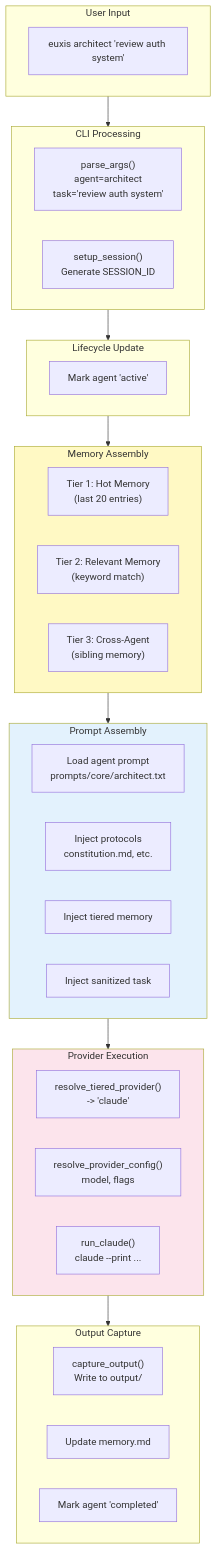
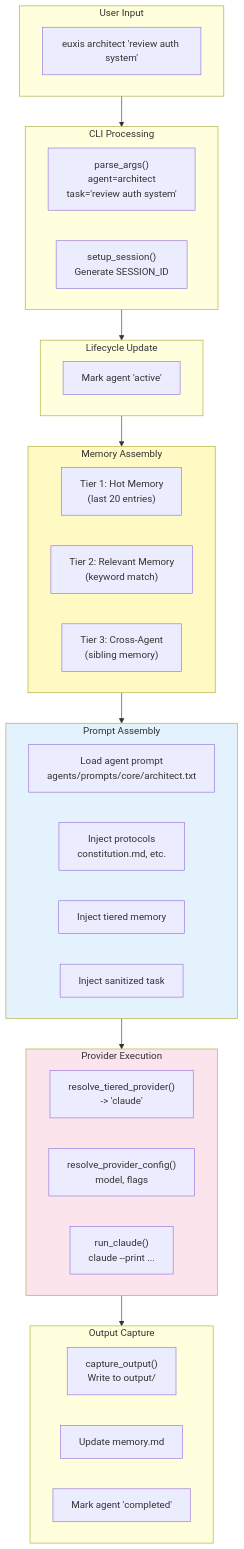
One commit to sebastienrousseau/euxis changed diagram 16 of 16 in docs/essentials/architecture.md. Above: the diagram before and after it, drawn with Mermaid. The commit also changed other lines of this file and 139 other files, not shown here.

````diff
--- a/docs/essentials/architecture.md
+++ b/docs/essentials/architecture.md
@@ -666,51 +666,51 @@
 ```mermaid
 flowchart TB
     subgraph User["User Input"]
         cmd["euxis architect 'review auth system'"]
     end
 
     subgraph CLI["CLI Processing"]
         parse["parse_args()<br/>agent=architect<br/>task='review auth system'"]
         session["setup_session()<br/>Generate SESSION_ID"]
     end
 
     subgraph Lifecycle["Lifecycle Update"]
         active["Mark agent 'active'"]
     end
 
     subgraph Memory["Memory Assembly"]
         hot["Tier 1: Hot Memory<br/>(last 20 entries)"]
         relevant["Tier 2: Relevant Memory<br/>(keyword match)"]
         cross["Tier 3: Cross-Agent<br/>(sibling memory)"]
     end
 
     subgraph Prompt["Prompt Assembly"]
-        template["Load agent prompt<br/>prompts/core/architect.txt"]
+        template["Load agent prompt<br/>agents/prompts/core/architect.txt"]
         protocols["Inject protocols<br/>constitution.md, etc."]
         memory_inject["Inject tiered memory"]
         task_inject["Inject sanitized task"]
     end
 
     subgraph Provider["Provider Execution"]
         resolve["resolve_tiered_provider()<br/>-> 'claude'"]
         config["resolve_provider_config()<br/>model, flags"]
         execute["run_claude()<br/>claude --print ..."]
     end
 
     subgraph Output["Output Capture"]
         capture["capture_output()<br/>Write to output/"]
         memory_update["Update memory.md"]
         complete["Mark agent 'completed'"]
     end
 
     User --> CLI
     CLI --> Lifecycle
     Lifecycle --> Memory
     Memory --> Prompt
     Prompt --> Provider
     Provider --> Output
 
     style Memory fill:#fff9c4
     style Prompt fill:#e3f2fd
     style Provider fill:#fce4ec
 ```
````
